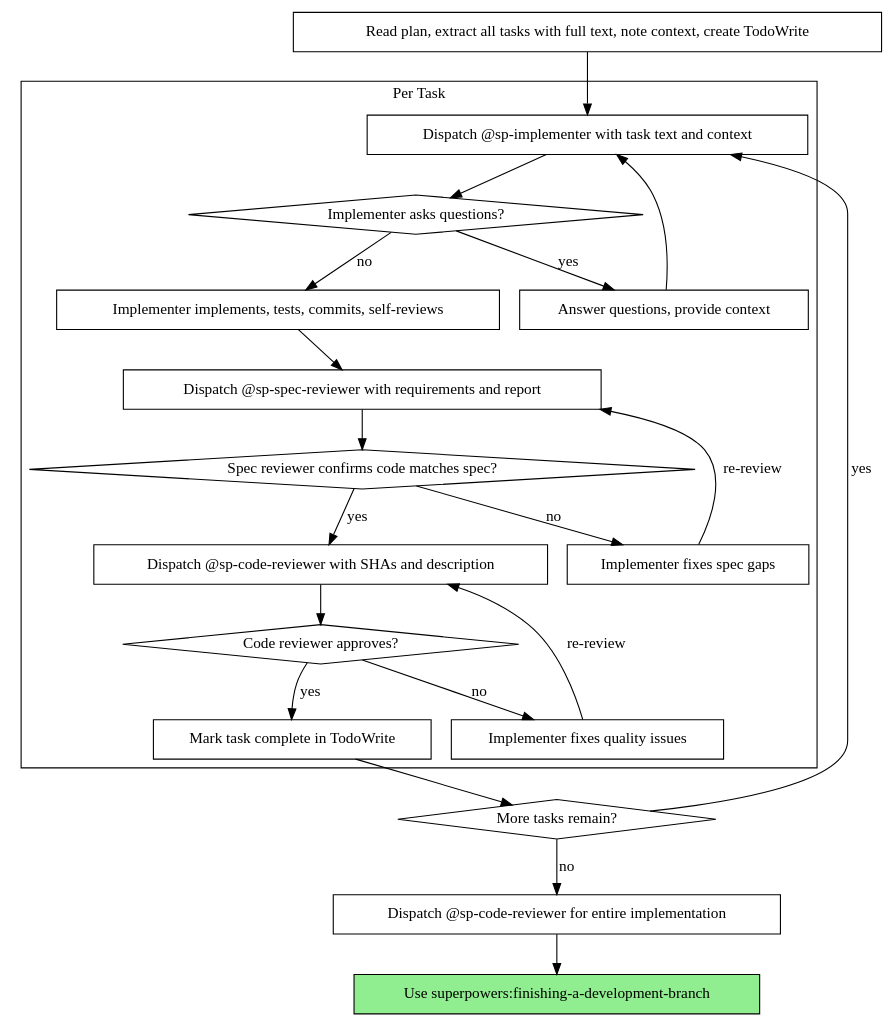
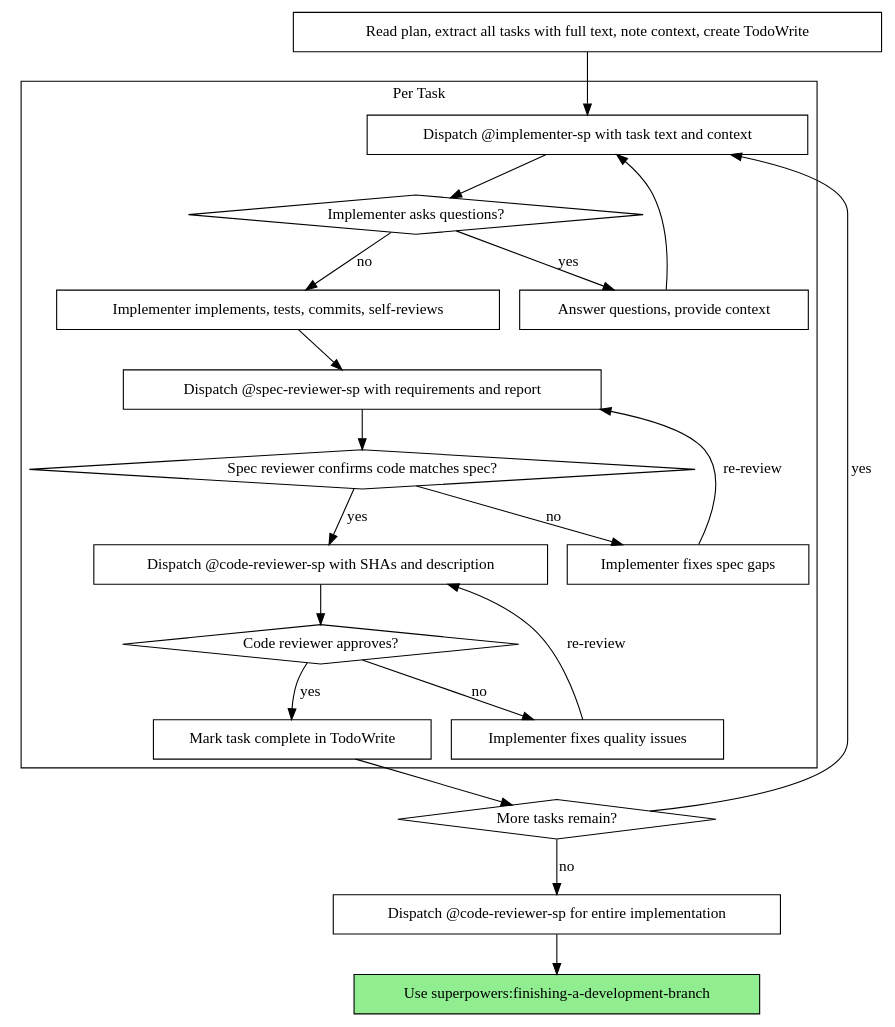
Before and after one commit to obra/superpowers: the second of 2 diagrams in skills/subagent-driven-development/SKILL.md, drawn with Graphviz. The commit also changed other lines of this file and 3 other files, not shown here.

````diff
--- a/skills/subagent-driven-development/SKILL.md
+++ b/skills/subagent-driven-development/SKILL.md
@@ -40,44 +40,44 @@
 ```dot
 digraph process {
     rankdir=TB;
 
     subgraph cluster_per_task {
         label="Per Task";
-        "Dispatch @sp-implementer with task text and context" [shape=box];
+        "Dispatch @implementer-sp with task text and context" [shape=box];
         "Implementer asks questions?" [shape=diamond];
         "Answer questions, provide context" [shape=box];
         "Implementer implements, tests, commits, self-reviews" [shape=box];
-        "Dispatch @sp-spec-reviewer with requirements and report" [shape=box];
+        "Dispatch @spec-reviewer-sp with requirements and report" [shape=box];
         "Spec reviewer confirms code matches spec?" [shape=diamond];
         "Implementer fixes spec gaps" [shape=box];
-        "Dispatch @sp-code-reviewer with SHAs and description" [shape=box];
+        "Dispatch @code-reviewer-sp with SHAs and description" [shape=box];
         "Code reviewer approves?" [shape=diamond];
         "Implementer fixes quality issues" [shape=box];
         "Mark task complete in TodoWrite" [shape=box];
     }
 
     "Read plan, extract all tasks with full text, note context, create TodoWrite" [shape=box];
     "More tasks remain?" [shape=diamond];
-    "Dispatch @sp-code-reviewer for entire implementation" [shape=box];
+    "Dispatch @code-reviewer-sp for entire implementation" [shape=box];
     "Use superpowers:finishing-a-development-branch" [shape=box style=filled fillcolor=lightgreen];
 
-    "Read plan, extract all tasks with full text, note context, create TodoWrite" -> "Dispatch @sp-implementer with task text and context";
-    "Dispatch @sp-implementer with task text and context" -> "Implementer asks questions?";
+    "Read plan, extract all tasks with full text, note context, create TodoWrite" -> "Dispatch @implementer-sp with task text and context";
+    "Dispatch @implementer-sp with task text and context" -> "Implementer asks questions?";
     "Implementer asks questions?" -> "Answer questions, provide context" [label="yes"];
-    "Answer questions, provide context" -> "Dispatch @sp-implementer with task text and context";
+    "Answer questions, provide context" -> "Dispatch @implementer-sp with task text and context";
     "Implementer asks questions?" -> "Implementer implements, tests, commits, self-reviews" [label="no"];
-    "Implementer implements, tests, commits, self-reviews" -> "Dispatch @sp-spec-reviewer with requirements and report";
-    "Dispatch @sp-spec-reviewer with requirements and report" -> "Spec reviewer confirms code matches spec?";
+    "Implementer implements, tests, commits, self-reviews" -> "Dispatch @spec-reviewer-sp with requirements and report";
+    "Dispatch @spec-reviewer-sp with requirements and report" -> "Spec reviewer confirms code matches spec?";
     "Spec reviewer confirms code matches spec?" -> "Implementer fixes spec gaps" [label="no"];
-    "Implementer fixes spec gaps" -> "Dispatch @sp-spec-reviewer with requirements and report" [label="re-review"];
-    "Spec reviewer confirms code matches spec?" -> "Dispatch @sp-code-reviewer with SHAs and description" [label="yes"];
-    "Dispatch @sp-code-reviewer with SHAs and description" -> "Code reviewer approves?";
+    "Implementer fixes spec gaps" -> "Dispatch @spec-reviewer-sp with requirements and report" [label="re-review"];
+    "Spec reviewer confirms code matches spec?" -> "Dispatch @code-reviewer-sp with SHAs and description" [label="yes"];
+    "Dispatch @code-reviewer-sp with SHAs and description" -> "Code reviewer approves?";
     "Code reviewer approves?" -> "Implementer fixes quality issues" [label="no"];
-    "Implementer fixes quality issues" -> "Dispatch @sp-code-reviewer with SHAs and description" [label="re-review"];
+    "Implementer fixes quality issues" -> "Dispatch @code-reviewer-sp with SHAs and description" [label="re-review"];
     "Code reviewer approves?" -> "Mark task complete in TodoWrite" [label="yes"];
     "Mark task complete in TodoWrite" -> "More tasks remain?";
-    "More tasks remain?" -> "Dispatch @sp-implementer with task text and context" [label="yes"];
-    "More tasks remain?" -> "Dispatch @sp-code-reviewer for entire implementation" [label="no"];
-    "Dispatch @sp-code-reviewer for entire implementation" -> "Use superpowers:finishing-a-development-branch";
+    "More tasks remain?" -> "Dispatch @implementer-sp with task text and context" [label="yes"];
+    "More tasks remain?" -> "Dispatch @code-reviewer-sp for entire implementation" [label="no"];
+    "Dispatch @code-reviewer-sp for entire implementation" -> "Use superpowers:finishing-a-development-branch";
 }
 ```
````
